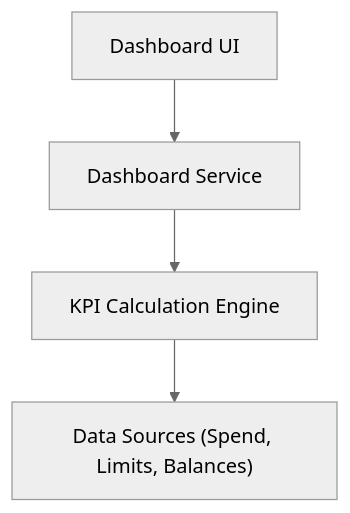
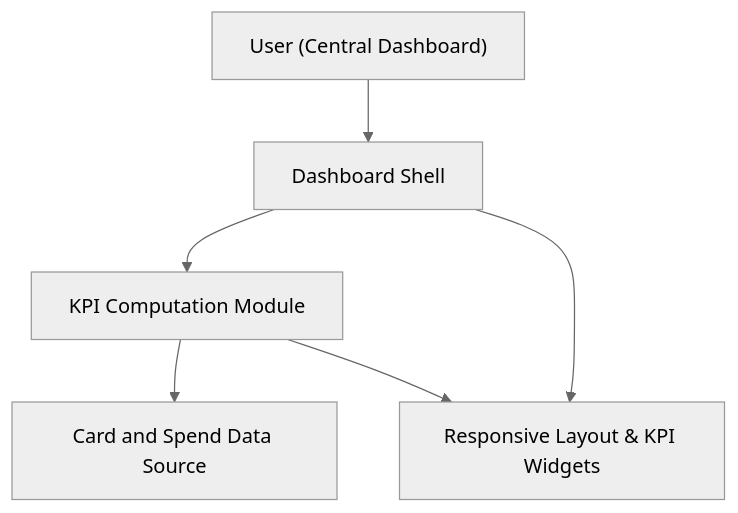
Before and after one commit to Davamani-git/APB_Demo: the diagram in HLD/QE-5611_HLD.md, drawn with Mermaid (neutral theme). The commit also changed other lines of this file and 5 other files, not shown here.

````diff
--- a/HLD/QE-5611_HLD.md
+++ b/HLD/QE-5611_HLD.md
@@ -4,10 +5,14 @@
 ```mermaid
 flowchart TD
-    A["Dashboard UI"]
-    B["Dashboard Service"]
-    C["KPI Calculation Engine"]
-    D["Data Sources (Spend, Limits, Balances)"]
+    U["User (Central Dashboard)"]
+    A["Dashboard Shell"]
+    B["KPI Computation Module"]
+    C["Card and Spend Data Source"]
+    D["Responsive Layout & KPI Widgets"]
+
+    U --> A
     A --> B
     B --> C
-    C --> D
+    A --> D
+    B --> D
 ```
````
